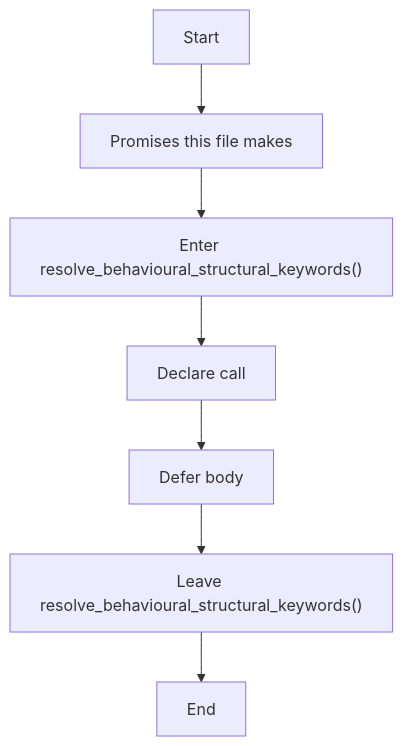
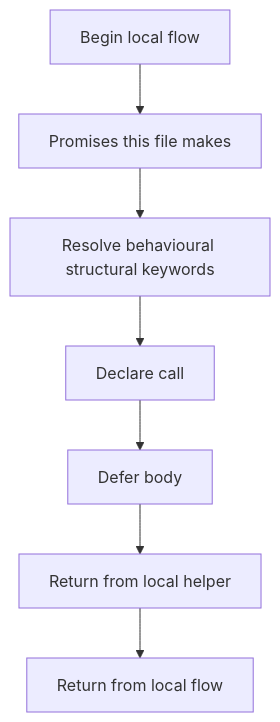
The first of 2 diagrams in docs/Codebase/Microservice/Modules/Header/SyntacticBrokenAST/Analysis/Patterns/Behavioural/Structure/core.hpp.md (JohnAndrewBalbarosa/NeoTerritory), drawn with Mermaid before and after one commit. The commit also changed other lines of this file and 925 other files, not shown here.

````diff
--- a/docs/Codebase/Microservice/Modules/Header/SyntacticBrokenAST/Analysis/Patterns/Behavioural/Structure/core.hpp.md
+++ b/docs/Codebase/Microservice/Modules/Header/SyntacticBrokenAST/Analysis/Patterns/Behavioural/Structure/core.hpp.md
@@ -22,16 +21,16 @@
 ```mermaid
 flowchart TD
-    Start["Start"]
+    Start["Begin local flow"]
     N0["Promises this file makes"]
-    N1["Enter resolve_behavioural_structural_keywords()"]
+    N1["Resolve behavioural structural keywords"]
     N2["Declare call"]
     N3["Defer body"]
-    N4["Leave resolve_behavioural_structural_keywords()"]
-    End["End"]
+    N4["Return from local helper"]
+    End["Return from local flow"]
     Start --> N0
     N0 --> N1
     N1 --> N2
     N2 --> N3
     N3 --> N4
     N4 --> End
 ```
````
